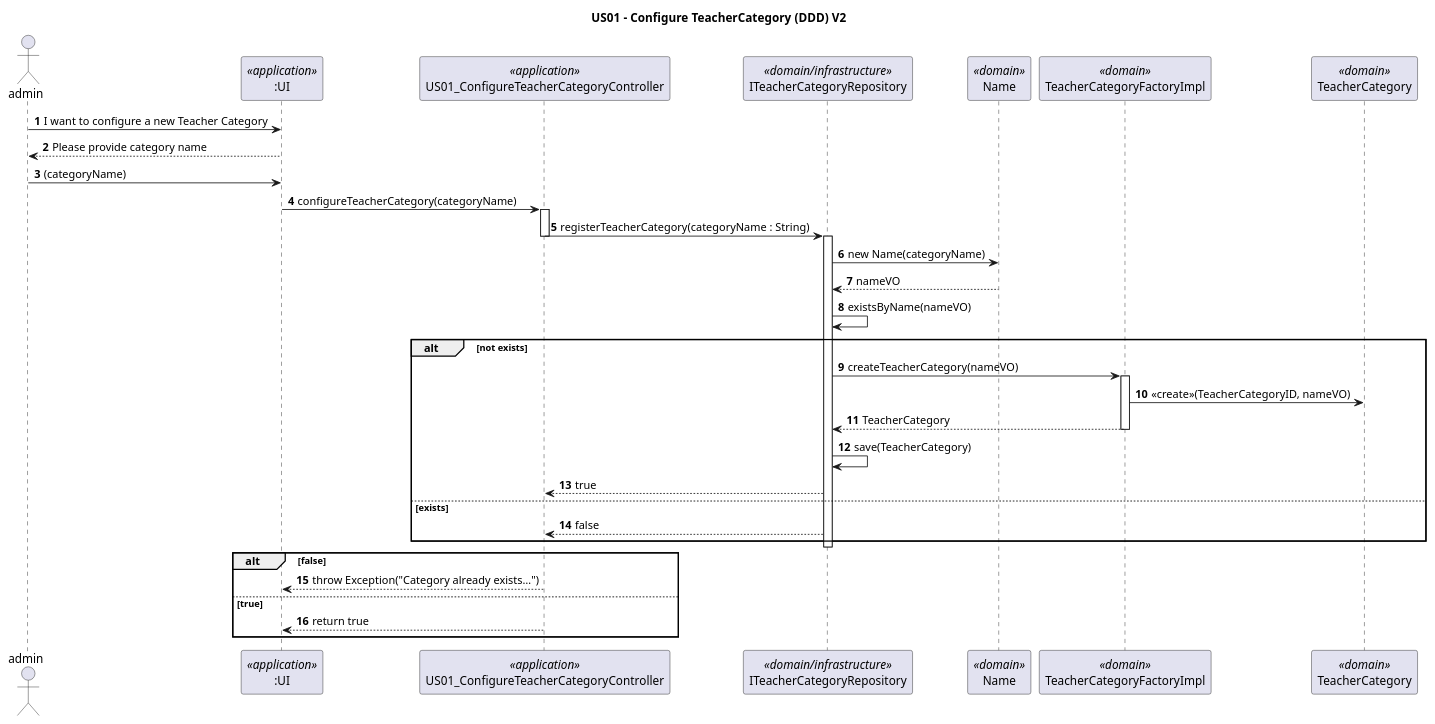
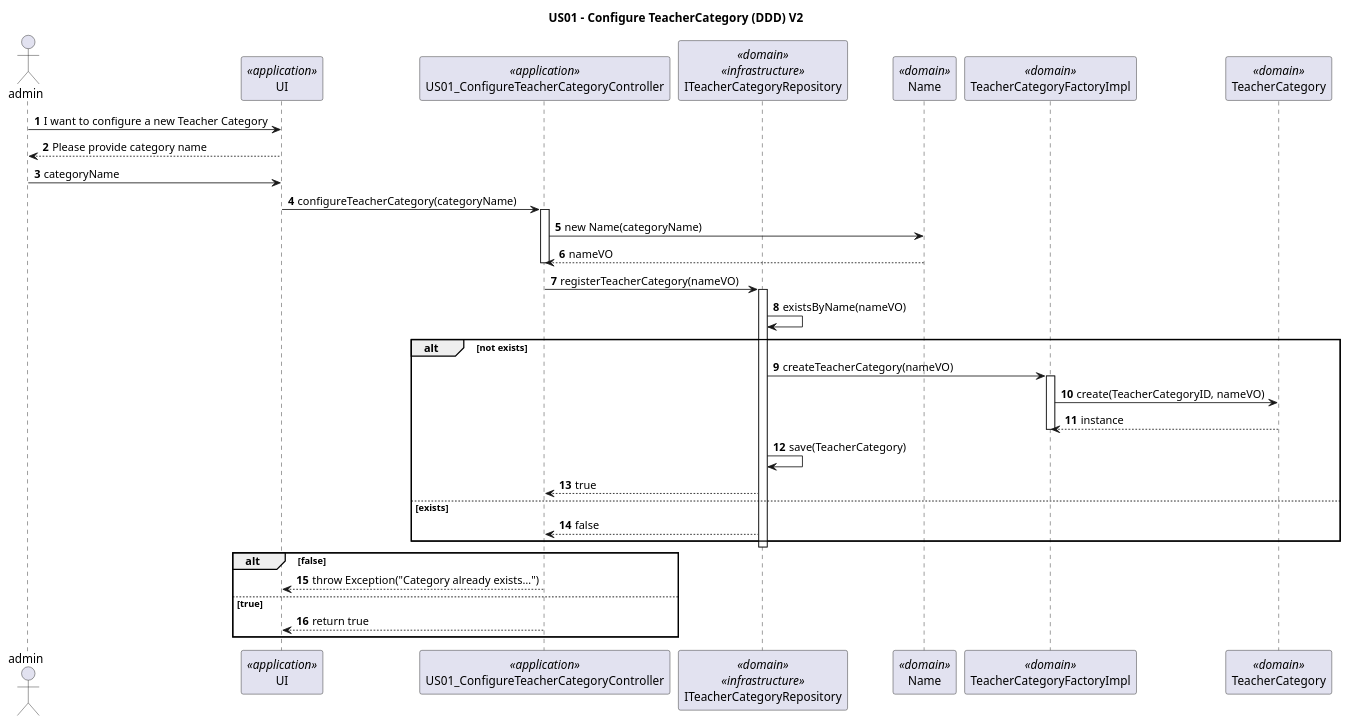
Before and after one commit to GasparISEP/DevOps-PAI: the diagram in docs/US01/US01_ConfigureTeacherCategoriesInSystem_SequenceDiagramDDD.puml, drawn with PlantUML.

Commit message:
update docs US01

```diff
--- a/docs/US01/US01_ConfigureTeacherCategoriesInSystem_SequenceDiagramDDD.puml
+++ b/docs/US01/US01_ConfigureTeacherCategoriesInSystem_SequenceDiagramDDD.puml
@@ -1,56 +1,56 @@
 @startuml
 actor admin
 autonumber
 title US01 - Configure TeacherCategory (DDD) V2
 
-participant ":UI" as UI <<application>>
-participant US01_ConfigureTeacherCategoryController as Controller <<application>>
-participant ITeacherCategoryRepository as Repository <<domain/infrastructure>>
-participant Name as VOName <<domain>>
-participant TeacherCategoryFactoryImpl as Factory <<domain>>
-participant TeacherCategory as TC <<domain>>
+participant UI <<application>>
+participant US01_ConfigureTeacherCategoryController <<application>>
+participant ITeacherCategoryRepository <<domain>><<infrastructure>>
+participant Name <<domain>>
+participant TeacherCategoryFactoryImpl <<domain>>
+participant TeacherCategory <<domain>>
 
 ' Step 1: Admin interacts with UI
 admin -> UI : I want to configure a new Teacher Category
 UI --> admin : Please provide category name
 
-admin -> UI : (categoryName)
-UI -> Controller : configureTeacherCategory(categoryName)
+admin -> UI : categoryName
+UI -> US01_ConfigureTeacherCategoryController : configureTeacherCategory(categoryName)
 
-' Step 2: Controller delegates VO creation & persistence to Repository
-activate Controller
-Controller -> Repository : registerTeacherCategory(categoryName : String)
-deactivate Controller
+' Step 2.1: Controller cria o Value Object
+activate US01_ConfigureTeacherCategoryController
+US01_ConfigureTeacherCategoryController -> Name : new Name(categoryName)
+Name --> US01_ConfigureTeacherCategoryController : nameVO
+deactivate US01_ConfigureTeacherCategoryController
 
-' Step 3: Repository creates Name VO
-activate Repository
-Repository -> VOName : new Name(categoryName)
-VOName --> Repository : nameVO
+' Step 2.2: Controller chama o Repositório
 
-' Step 4: Repository checks duplicates
-Repository -> Repository : existsByName(nameVO)
+US01_ConfigureTeacherCategoryController -> ITeacherCategoryRepository : registerTeacherCategory(nameVO)
+deactivate US01_ConfigureTeacherCategoryController
+
+' Step 3–6: Lógica dentro do Repository
+activate ITeacherCategoryRepository
+ITeacherCategoryRepository -> ITeacherCategoryRepository : existsByName(nameVO)
 alt not exists
-    ' Step 5: Repository creates aggregate via Factory
-    Repository -> Factory : createTeacherCategory(nameVO)
-    activate Factory
-    Factory -> TC : «create»(TeacherCategoryID, nameVO)
-    Factory --> Repository : TeacherCategory
-    deactivate Factory
+    ITeacherCategoryRepository -> TeacherCategoryFactoryImpl : createTeacherCategory(nameVO)
+    activate TeacherCategoryFactoryImpl
+    TeacherCategoryFactoryImpl -> TeacherCategory : create(TeacherCategoryID, nameVO)
+    TeacherCategory --> TeacherCategoryFactoryImpl : instance
+    deactivate TeacherCategoryFactoryImpl
 
-    ' Step 6: Repository saves the aggregate
-    Repository -> Repository : save(TeacherCategory)
-    Repository --> Controller : true
+    ITeacherCategoryRepository -> ITeacherCategoryRepository : save(TeacherCategory)
+    ITeacherCategoryRepository --> US01_ConfigureTeacherCategoryController : true
 else exists
-    Repository --> Controller : false
+    ITeacherCategoryRepository --> US01_ConfigureTeacherCategoryController : false
 end
-deactivate Repository
+deactivate ITeacherCategoryRepository
 
-' Step 7: Controller handles result
-activate Controller
+' Step 7: Controller trata o resultado
+activate US01_ConfigureTeacherCategoryController
 alt false
-    Controller --> UI : throw Exception("Category already exists…")
+    US01_ConfigureTeacherCategoryController --> UI : throw Exception("Category already exists…")
 else true
-    Controller --> UI : return true
+    US01_ConfigureTeacherCategoryController --> UI : return true
 end
-deactivate Controller
+deactivate US01_ConfigureTeacherCategoryController
 @enduml
```
